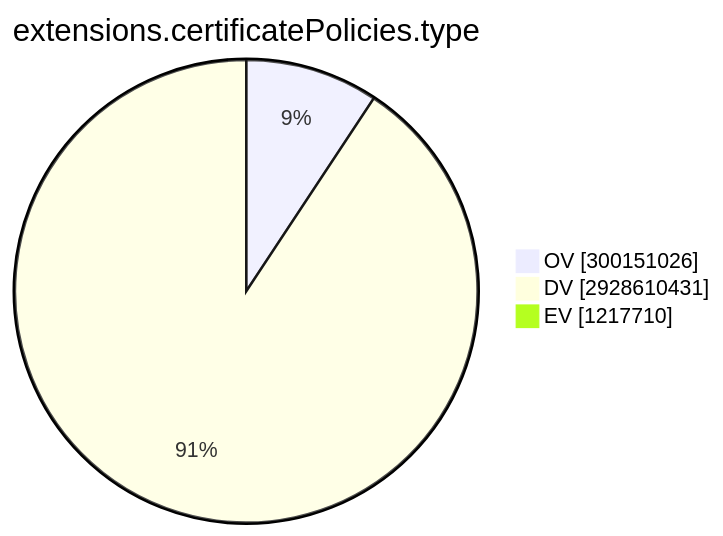
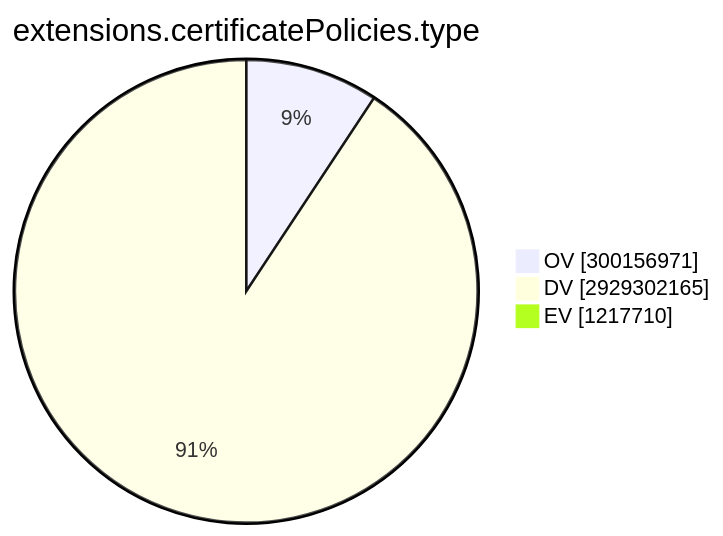
Before and after one commit to christiankrug/ctmonitor_visualization: the ninth of 15 diagrams in TOTAL/README.md, drawn with Mermaid. The commit also changed other lines of this file, not shown here.

````diff
--- a/TOTAL/README.md
+++ b/TOTAL/README.md
@@ -3101,7 +3101,7 @@
 ```mermaid
 pie showData
 title extensions.certificatePolicies.type
-"OV" :300151026
-"DV" :2928610431
+"OV" :300156971
+"DV" :2929302165
 "EV" :1217710
 ```
````
